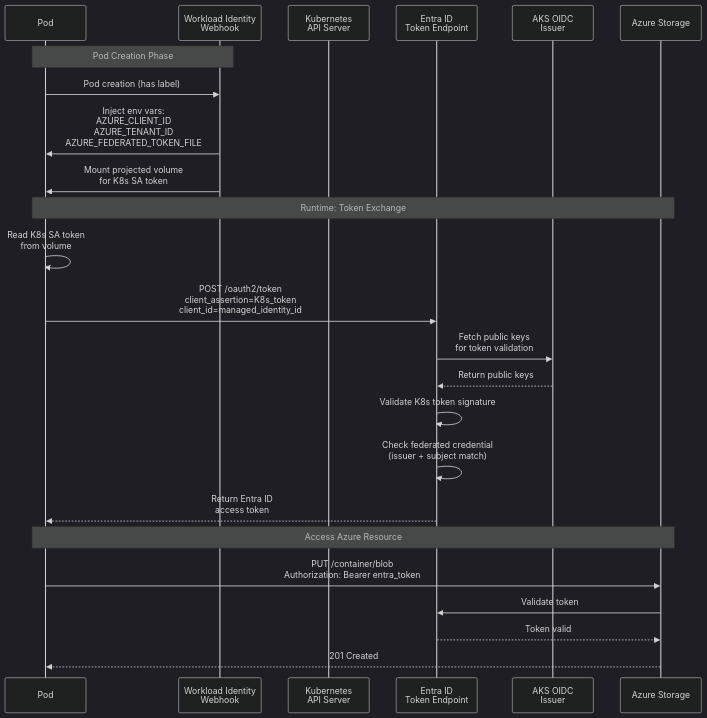
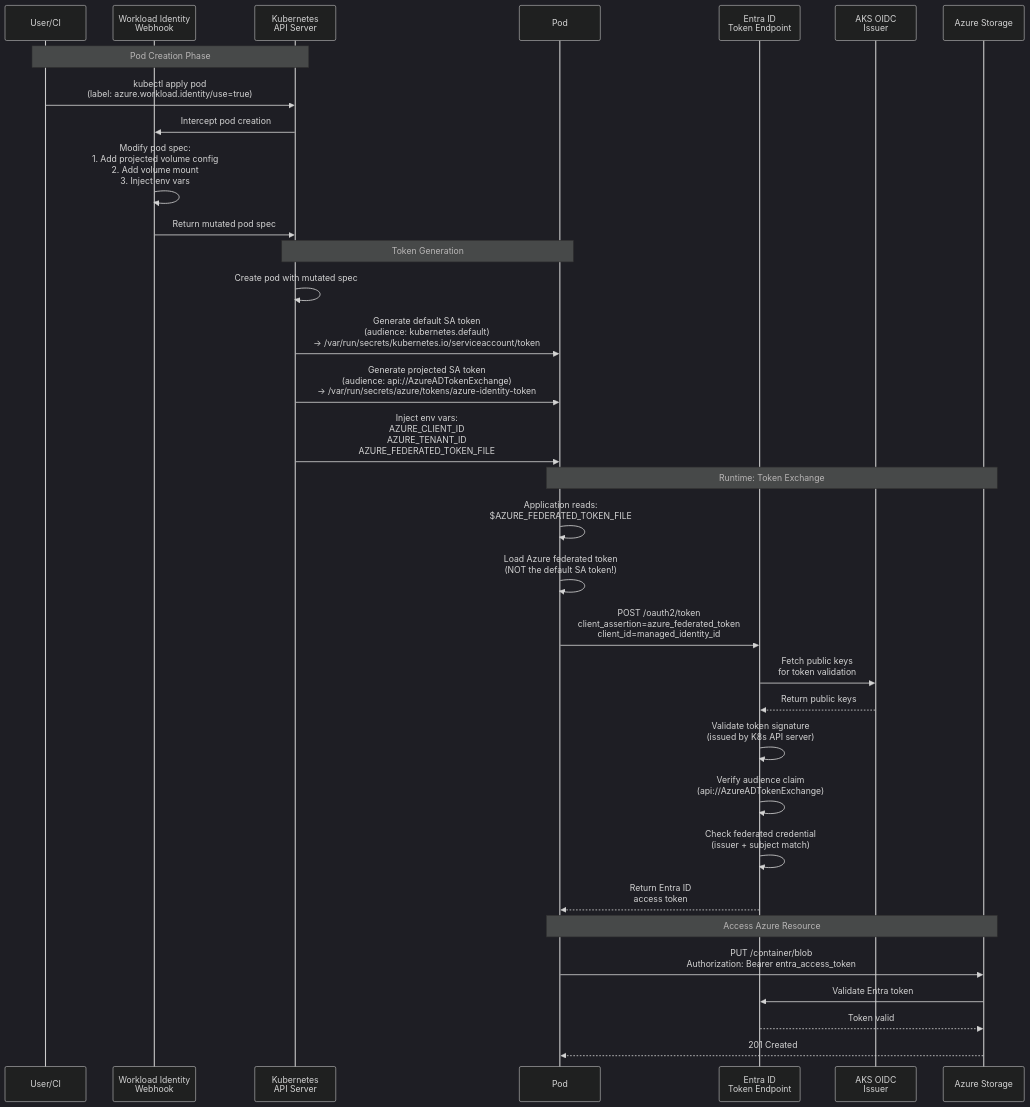
One commit to srinman/aks-security changed the fourth of 7 diagrams in workloadidentity/README.md. Above: the diagram before and after it, drawn with Mermaid (dark theme). The commit also changed other lines of this file, not shown here.

Commit message:
updates with workload identity - working

````diff
--- a/workloadidentity/README.md
+++ b/workloadidentity/README.md
@@ -897,32 +1030,42 @@
 ```mermaid
 sequenceDiagram
-    participant Pod as Pod
+    participant User as User/CI
     participant Webhook as Workload Identity<br/>Webhook
     participant K8s as Kubernetes<br/>API Server
+    participant Pod as Pod
     participant Entra as Entra ID<br/>Token Endpoint
     participant OIDC as AKS OIDC<br/>Issuer
     participant Storage as Azure Storage
 
-    Note over Pod,Webhook: Pod Creation Phase
-    Pod->>Webhook: Pod creation (has label)
-    Webhook->>Pod: Inject env vars:<br/>AZURE_CLIENT_ID<br/>AZURE_TENANT_ID<br/>AZURE_FEDERATED_TOKEN_FILE
-    Webhook->>Pod: Mount projected volume<br/>for K8s SA token
+    Note over User,K8s: Pod Creation Phase
+    User->>K8s: kubectl apply pod<br/>(label: azure.workload.identity/use=true)
+    K8s->>Webhook: Intercept pod creation
+    Webhook->>Webhook: Modify pod spec:<br/>1. Add projected volume config<br/>2. Add volume mount<br/>3. Inject env vars
+    Webhook->>K8s: Return mutated pod spec
+    
+    Note over K8s,Pod: Token Generation
+    K8s->>K8s: Create pod with mutated spec
+    K8s->>Pod: Generate default SA token<br/>(audience: kubernetes.default)<br/>→ /var/run/secrets/kubernetes.io/serviceaccount/token
+    K8s->>Pod: Generate projected SA token<br/>(audience: api://AzureADTokenExchange)<br/>→ /var/run/secrets/azure/tokens/azure-identity-token
+    K8s->>Pod: Inject env vars:<br/>AZURE_CLIENT_ID<br/>AZURE_TENANT_ID<br/>AZURE_FEDERATED_TOKEN_FILE
     
     Note over Pod,Storage: Runtime: Token Exchange
-    Pod->>Pod: Read K8s SA token<br/>from volume
-    Pod->>Entra: POST /oauth2/token<br/>client_assertion=K8s_token<br/>client_id=managed_identity_id
+    Pod->>Pod: Application reads:<br/>$AZURE_FEDERATED_TOKEN_FILE
+    Pod->>Pod: Load Azure federated token<br/>(NOT the default SA token!)
+    Pod->>Entra: POST /oauth2/token<br/>client_assertion=azure_federated_token<br/>client_id=managed_identity_id
     
     Entra->>OIDC: Fetch public keys<br/>for token validation
     OIDC-->>Entra: Return public keys
     
-    Entra->>Entra: Validate K8s token signature
+    Entra->>Entra: Validate token signature<br/>(issued by K8s API server)
+    Entra->>Entra: Verify audience claim<br/>(api://AzureADTokenExchange)
     Entra->>Entra: Check federated credential<br/>(issuer + subject match)
     
     Entra-->>Pod: Return Entra ID<br/>access token
     
     Note over Pod,Storage: Access Azure Resource
-    Pod->>Storage: PUT /container/blob<br/>Authorization: Bearer entra_token
-    Storage->>Entra: Validate token
+    Pod->>Storage: PUT /container/blob<br/>Authorization: Bearer entra_access_token
+    Storage->>Entra: Validate Entra token
     Entra-->>Storage: Token valid
     Storage-->>Pod: 201 Created
 ```
````
